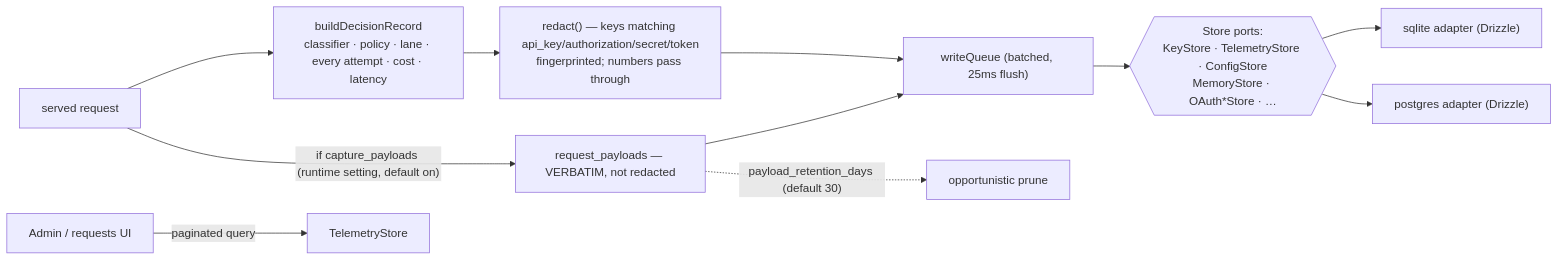
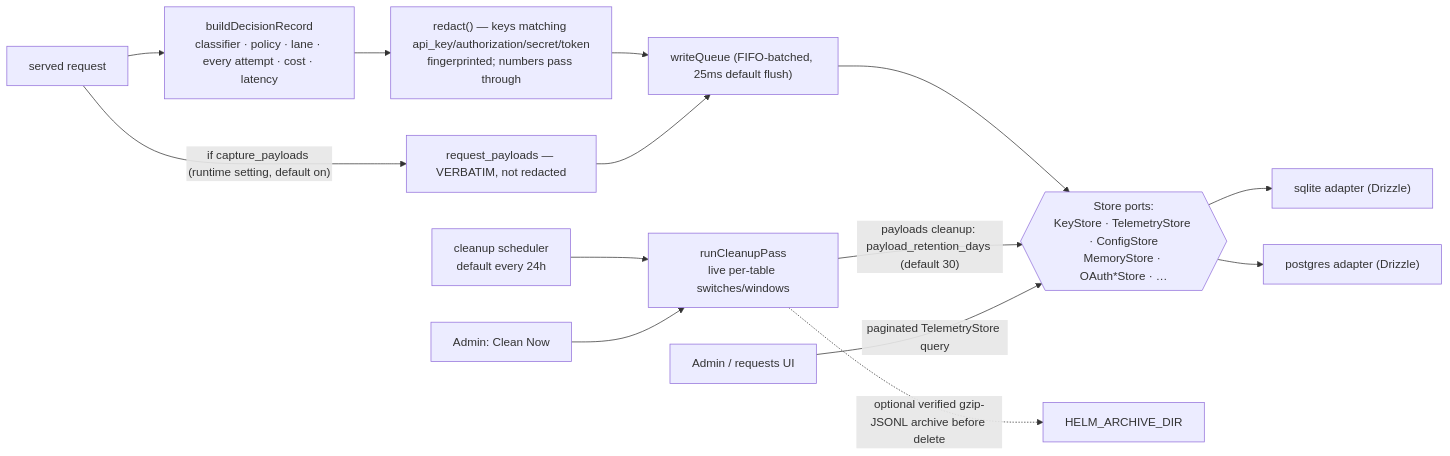
One commit to EasyMetaAu/helm-api changed diagram 13 of 13 in docs/architecture.md. Above: the diagram before and after it, drawn with Mermaid. The commit also changed other lines of this file and 30 other files, not shown here.

````diff
--- a/docs/architecture.md
+++ b/docs/architecture.md
@@ -496,14 +609,18 @@
 ```mermaid
 flowchart LR
     REQ["served request"] --> BD["buildDecisionRecord<br/>classifier · policy · lane · every attempt · cost · latency"]
     BD --> RD["redact() — keys matching api_key/authorization/secret/token<br/>fingerprinted; numbers pass through"]
-    RD --> WQ["writeQueue (batched, 25ms flush)"]
+    RD --> WQ["writeQueue (FIFO-batched, 25ms default flush)"]
     REQ -->|"if capture_payloads (runtime setting, default on)"| PL["request_payloads — VERBATIM, not redacted"]
     PL --> WQ
     WQ --> PORTS{{"Store ports:<br/>KeyStore · TelemetryStore · ConfigStore<br/>MemoryStore · OAuth*Store · …"}}
     PORTS --> SQ["sqlite adapter (Drizzle)"]
     PORTS --> PG["postgres adapter (Drizzle)"]
-    PL -.->|"payload_retention_days (default 30)"| PRUNE["opportunistic prune"]
 
-    ADM["Admin / requests UI"] -->|paginated query| TELE["TelemetryStore"]
+    TICK["cleanup scheduler<br/>default every 24h"] --> RUN["runCleanupPass<br/>live per-table switches/windows"]
+    MAN["Admin: Clean Now"] --> RUN
+    RUN -->|"payloads cleanup: payload_retention_days (default 30)"| PORTS
+    RUN -.->|"optional verified gzip-JSONL archive before delete"| ARC["HELM_ARCHIVE_DIR"]
+
+    ADM["Admin / requests UI"] -->|"paginated TelemetryStore query"| PORTS
 ```
````
